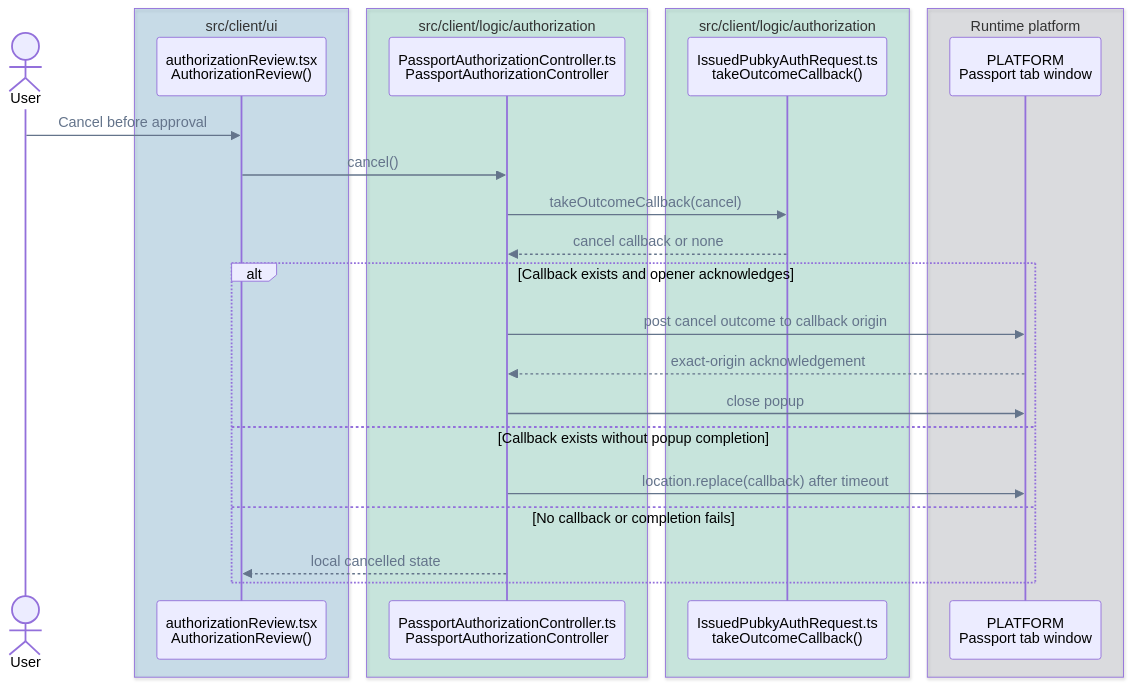
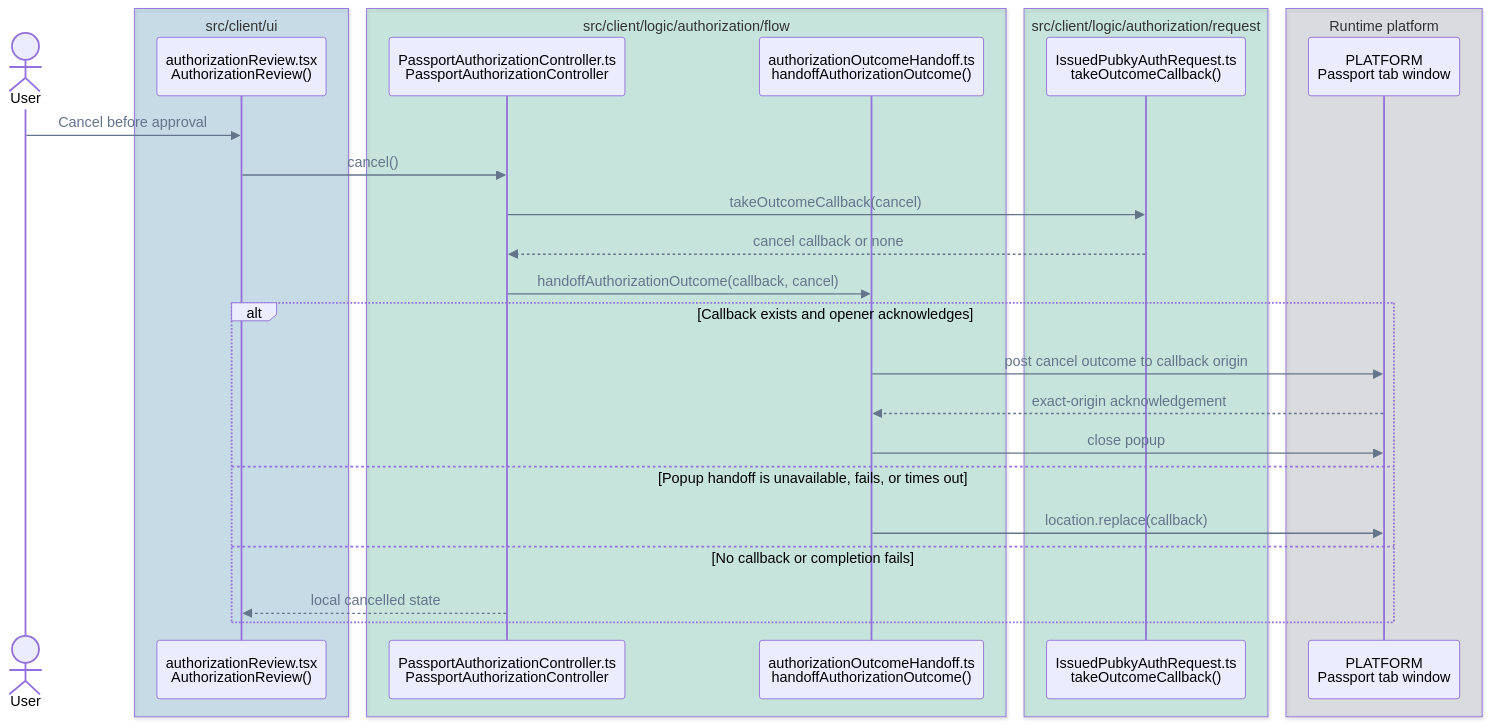
One commit to pubky/pubky-passport changed the sixth of 14 diagrams in FLOWS.md. Above: the diagram before and after it, drawn with Mermaid. The commit also changed other lines of this file and 35 other files, not shown here.

````diff
--- a/FLOWS.md
+++ b/FLOWS.md
@@ -255,33 +259,35 @@
 ```mermaid
 %%{init: {"themeVariables": {"signalColor": "#64748B", "signalTextColor": "#64748B"}}}%%
 sequenceDiagram
     accTitle: Authorization cancellation call flow
     accDescr: Cancellation takes only the validated cancel callback and closes a popup, redirects, or renders a local cancelled state without restoring a key.
     actor User
     box rgba(0, 114, 178, 0.18) src/client/ui
         participant Review as authorizationReview.tsx<br/>AuthorizationReview()
     end
-    box rgba(0, 158, 115, 0.18) src/client/logic/authorization
+    box rgba(0, 158, 115, 0.18) src/client/logic/authorization/flow
         participant Controller as PassportAuthorizationController.ts<br/>PassportAuthorizationController
+        participant Handoff as authorizationOutcomeHandoff.ts<br/>handoffAuthorizationOutcome()
     end
-    box rgba(0, 158, 115, 0.18) src/client/logic/authorization
+    box rgba(0, 158, 115, 0.18) src/client/logic/authorization/request
         participant Request as IssuedPubkyAuthRequest.ts<br/>takeOutcomeCallback()
     end
     box rgba(107, 114, 128, 0.18) Runtime platform
         participant Window as PLATFORM<br/>Passport tab window
     end
 
     User->>Review: Cancel before approval
     Review->>Controller: cancel()
     Controller->>Request: takeOutcomeCallback(cancel)
     Request-->>Controller: cancel callback or none
+    Controller->>Handoff: handoffAuthorizationOutcome(callback, cancel)
     alt Callback exists and opener acknowledges
-        Controller->>Window: post cancel outcome to callback origin
-        Window-->>Controller: exact-origin acknowledgement
-        Controller->>Window: close popup
-    else Callback exists without popup completion
-        Controller->>Window: location.replace(callback) after timeout
+        Handoff->>Window: post cancel outcome to callback origin
+        Window-->>Handoff: exact-origin acknowledgement
+        Handoff->>Window: close popup
+    else Popup handoff is unavailable, fails, or times out
+        Handoff->>Window: location.replace(callback)
     else No callback or completion fails
         Controller-->>Review: local cancelled state
     end
 ```
````
